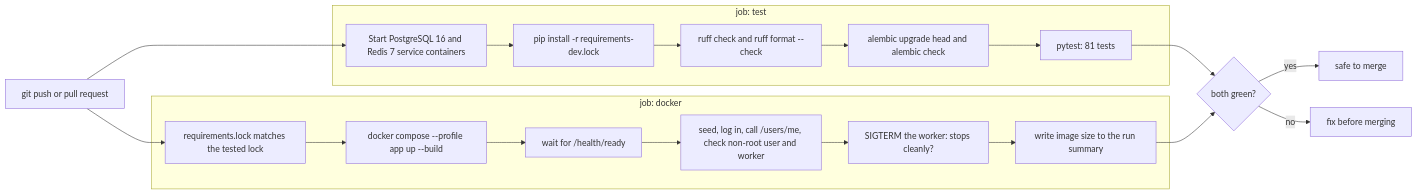
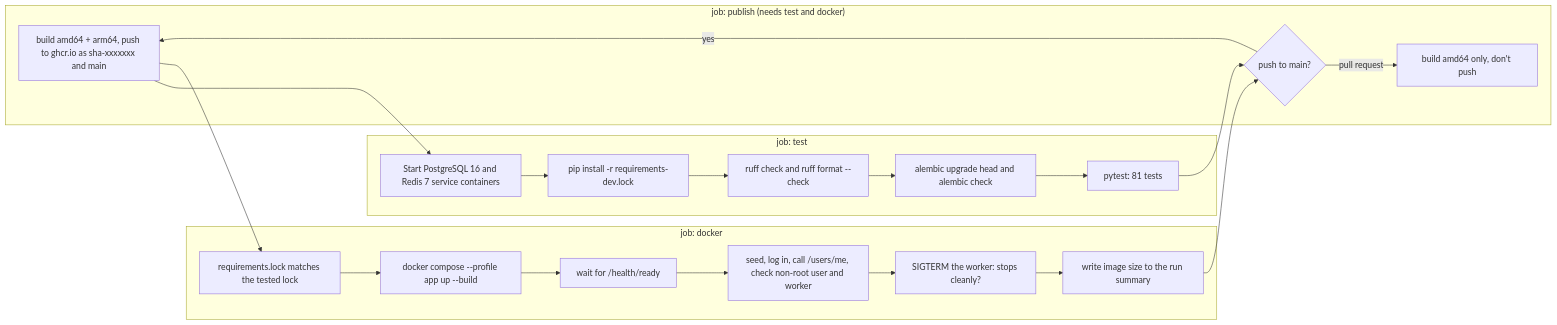
Before and after one commit to revant123/QuickServe: the seventh of 11 diagrams in README.md, drawn with Mermaid. The commit also changed other lines of this file and 1 other file, not shown here.

First line of the commit message:
Phase 5b: publish the image to ghcr.io from CI

````diff
--- a/README.md
+++ b/README.md
@@ -480,25 +481,28 @@
 ```mermaid
 flowchart LR
     push["git push or pull request"] --> pg
     push --> lock
 
     subgraph test["job: test"]
         pg["Start PostgreSQL 16 and Redis 7 service containers"] --> inst["pip install -r requirements-dev.lock"]
         inst --> lint["ruff check and ruff format --check"]
         lint --> mig["alembic upgrade head and alembic check"]
         mig --> pyt["pytest: 81 tests"]
     end
 
     subgraph docker["job: docker"]
         lock["requirements.lock matches the tested lock"] --> build["docker compose --profile app up --build"]
         build --> ready["wait for /health/ready"]
         ready --> smoke["seed, log in, call /users/me, check non-root user and worker"]
         smoke --> stop["SIGTERM the worker: stops cleanly?"]
         stop --> size["write image size to the run summary"]
     end
 
-    pyt --> ok{"both green?"}
-    size --> ok
-    ok -->|yes| merge["safe to merge"]
-    ok -->|no| fix["fix before merging"]
+    pyt --> pub
+    size --> pub
+
+    subgraph publish["job: publish (needs test and docker)"]
+        pub{"push to main?"} -->|"yes"| push["build amd64 + arm64, push to ghcr.io as sha-xxxxxxx and main"]
+        pub -->|"pull request"| only["build amd64 only, don't push"]
+    end
 ```
````
